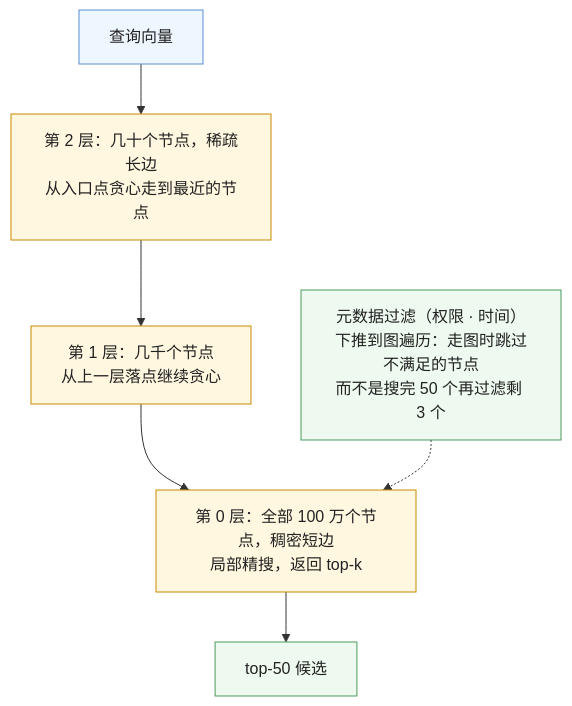
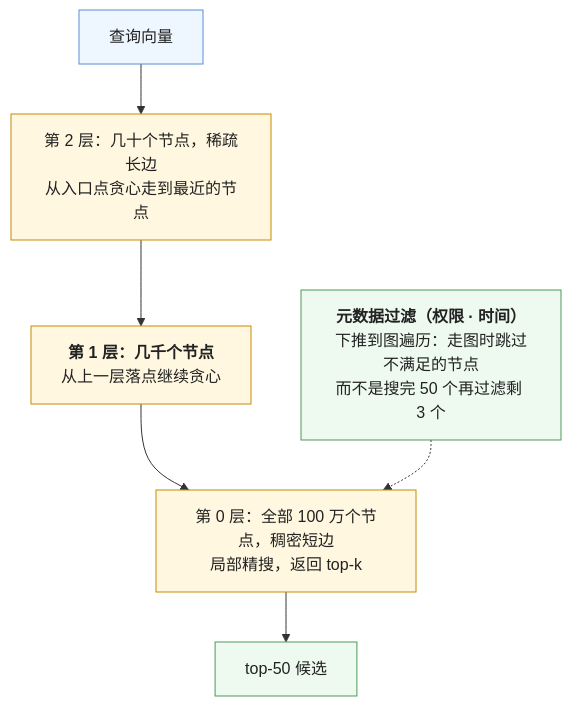
The fourth of 6 diagrams in _posts/2026-10-16-indexing-hybrid-search-and-reranking.md (arganzheng/arganzheng.github.com), drawn with Mermaid before and after one commit. The commit also changed other lines of this file and 7 other files, not shown here.

First line of the commit message:
检索与知识接入：私域知识怎么进入模型：Mermaid 多行方框的首行标为标题（8 篇）

````diff
--- a/_posts/2026-10-16-indexing-hybrid-search-and-reranking.md
+++ b/_posts/2026-10-16-indexing-hybrid-search-and-reranking.md
@@ -130,15 +130,15 @@
 ```mermaid
 %% 图：HNSW 的多层图与贪心导航——上层稀疏、下层稠密，查询从顶层一个入口点开始，每层贪心走到离查询最近的节点再下一层，到底层做局部精搜；百万向量几次跳转就能到，代价是整张图驻留内存、构建慢
 flowchart TB
     Q["查询向量"] --> L2["第 2 层：几十个节点，稀疏长边<br/>从入口点贪心走到最近的节点"]
-    L2 --> L1["第 1 层：几千个节点<br/>从上一层落点继续贪心"]
+    L2 --> L1["<b>第 1 层：几千个节点</b><br/>从上一层落点继续贪心"]
     L1 --> L0["第 0 层：全部 100 万个节点，稠密短边<br/>局部精搜，返回 top-k"]
     L0 --> R["top-50 候选"]
-    F["元数据过滤（权限 · 时间）<br/>下推到图遍历：走图时跳过不满足的节点<br/>而不是搜完 50 个再过滤剩 3 个"] -.-> L0
+    F["<b>元数据过滤（权限 · 时间）</b><br/>下推到图遍历：走图时跳过不满足的节点<br/>而不是搜完 50 个再过滤剩 3 个"] -.-> L0
     classDef q fill:#eef6ff,stroke:#5b8fd6,color:#222
     classDef layer fill:#fff7e0,stroke:#c98a00,color:#222
     classDef ok fill:#eefaf0,stroke:#4d9a5c,color:#222
     class Q q
     class L2,L1,L0 layer
     class R,F ok
 ```
````
